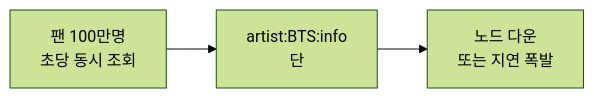
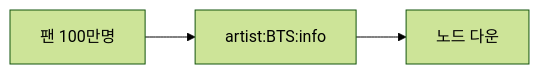
One commit to yjkim2015/yjkim2015.github.io changed the seventh of 8 diagrams in _posts/systemdesign/2026-05-03-system-design-kv-store.md. Above: the diagram before and after it, drawn with Mermaid (forest theme). The commit also changed other lines of this file and 217 other files, not shown here.

First line of the commit message:
Mermaid 크기 수정: useMaxWidth:true + SVG max-width:100% + 라벨 축소

````diff
--- a/_posts/systemdesign/2026-05-03-system-design-kv-store.md
+++ b/_posts/systemdesign/2026-05-03-system-design-kv-store.md
@@ -655,5 +655,5 @@
 ```mermaid
 graph LR
-    Fan1M["팬 100만명\n초당 동시 조회"] --> HotKey["artist:BTS:info\n단"]
-    HotKey --> CRASH["노드 다운\n또는 지연 폭발"]
+    Fan1M["팬 100만명"] --> HotKey["artist:BTS:info"]
+    HotKey --> CRASH["노드 다운"]
 ```
````
